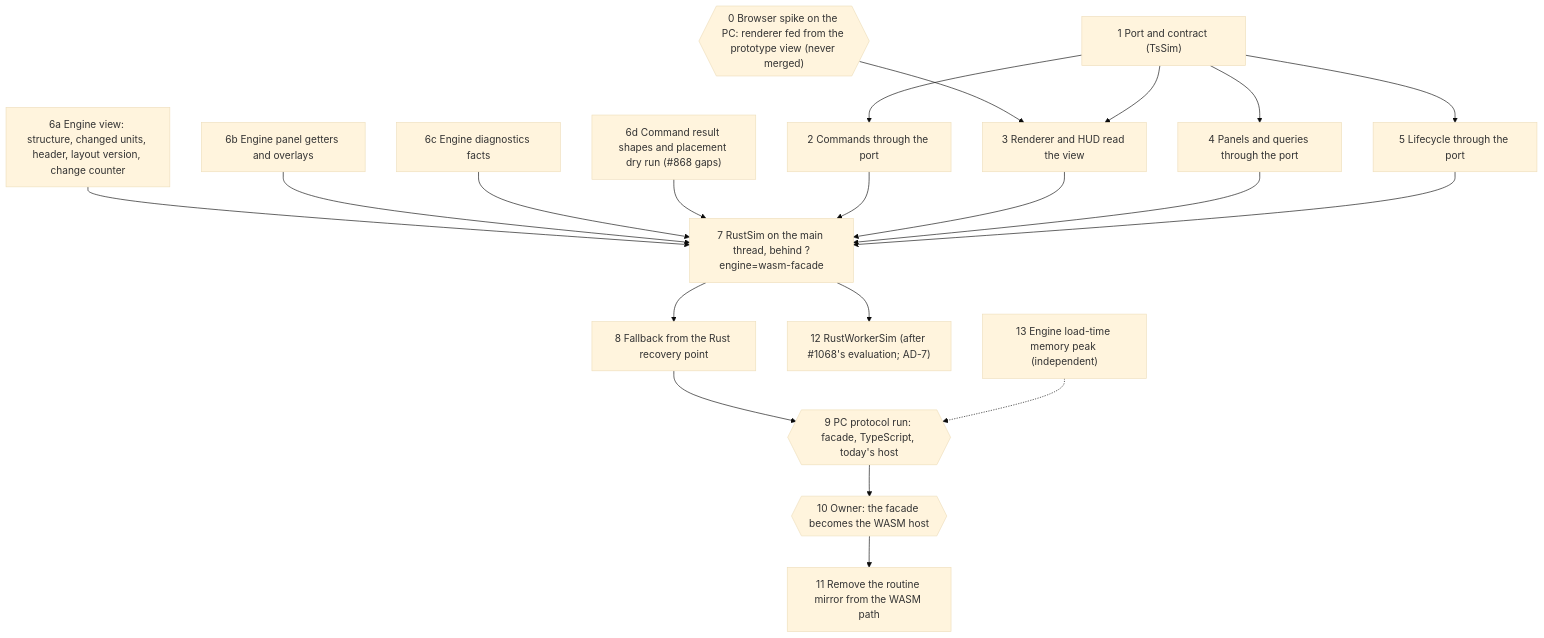
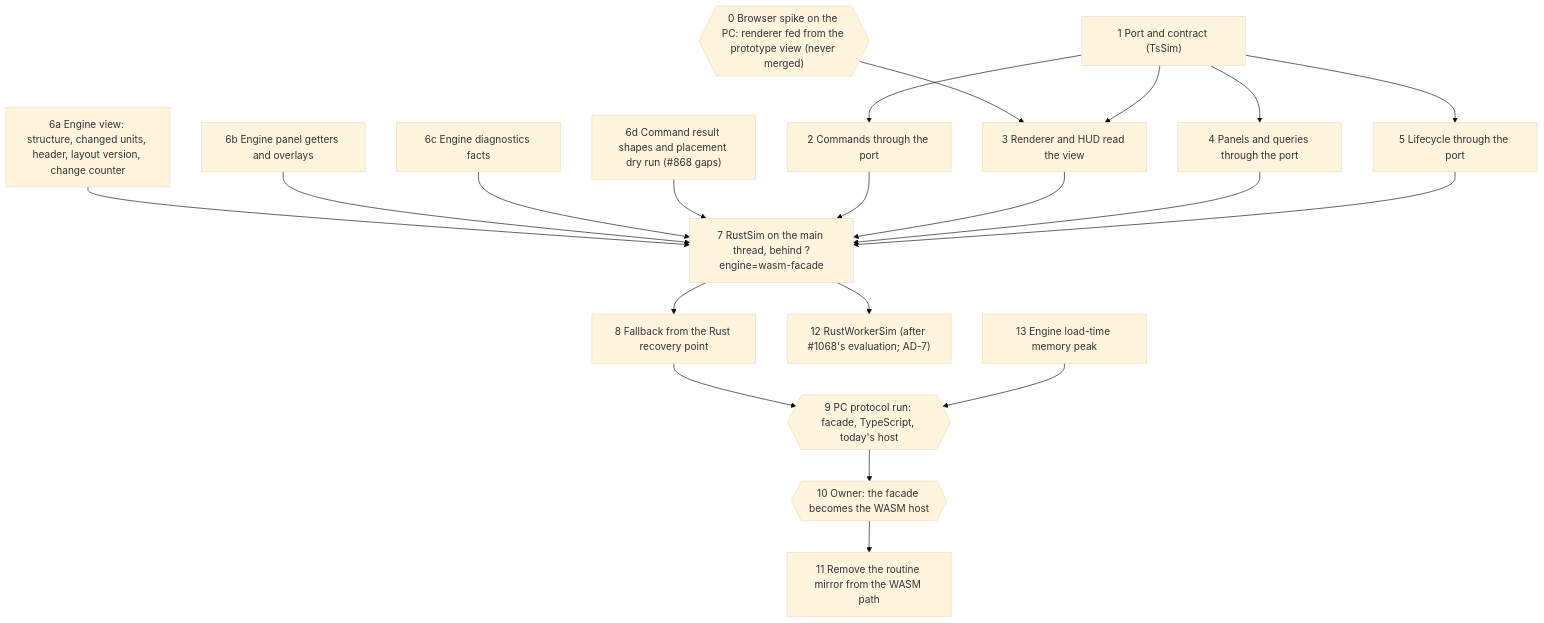
The diagram in _bmad-output/planning-artifacts/architecture/architecture-rust-facade-2026-10-20/slice-plan.md (maniator/verticopolis), drawn with Mermaid (base theme) before and after one commit. The commit also changed other lines of this file and 3 other files, not shown here.

````diff
--- a/_bmad-output/planning-artifacts/architecture/architecture-rust-facade-2026-10-20/slice-plan.md
+++ b/_bmad-output/planning-artifacts/architecture/architecture-rust-facade-2026-10-20/slice-plan.md
@@ -21,22 +24,22 @@
 ```mermaid
 flowchart TD
   SP0{{"0 Browser spike on the PC: renderer fed from the prototype view (never merged)"}} --> S3
   S1["1 Port and contract (TsSim)"] --> S2["2 Commands through the port"]
   S1 --> S3["3 Renderer and HUD read the view"]
   S1 --> S4["4 Panels and queries through the port"]
   S1 --> S5["5 Lifecycle through the port"]
   S6A["6a Engine view: structure, changed units, header, layout version, change counter"] --> S7
   S6B["6b Engine panel getters and overlays"] --> S7
   S6C["6c Engine diagnostics facts"] --> S7
   S6D["6d Command result shapes and placement dry run (#868 gaps)"] --> S7
   S2 --> S7["7 RustSim on the main thread, behind ?engine=wasm-facade"]
   S3 --> S7
   S4 --> S7
   S5 --> S7
   S7 --> S8["8 Fallback from the Rust recovery point"]
   S8 --> RUN{{"9 PC protocol run: facade, TypeScript, today's host"}}
   RUN --> S10{{"10 Owner: the facade becomes the WASM host"}}
   S10 --> S11["11 Remove the routine mirror from the WASM path"]
   S7 --> S12["12 RustWorkerSim (after #1068's evaluation; AD-7)"]
-  S13["13 Engine load-time memory peak (independent)"] -.-> RUN
+  S13["13 Engine load-time memory peak"] --> RUN
 ```
````
